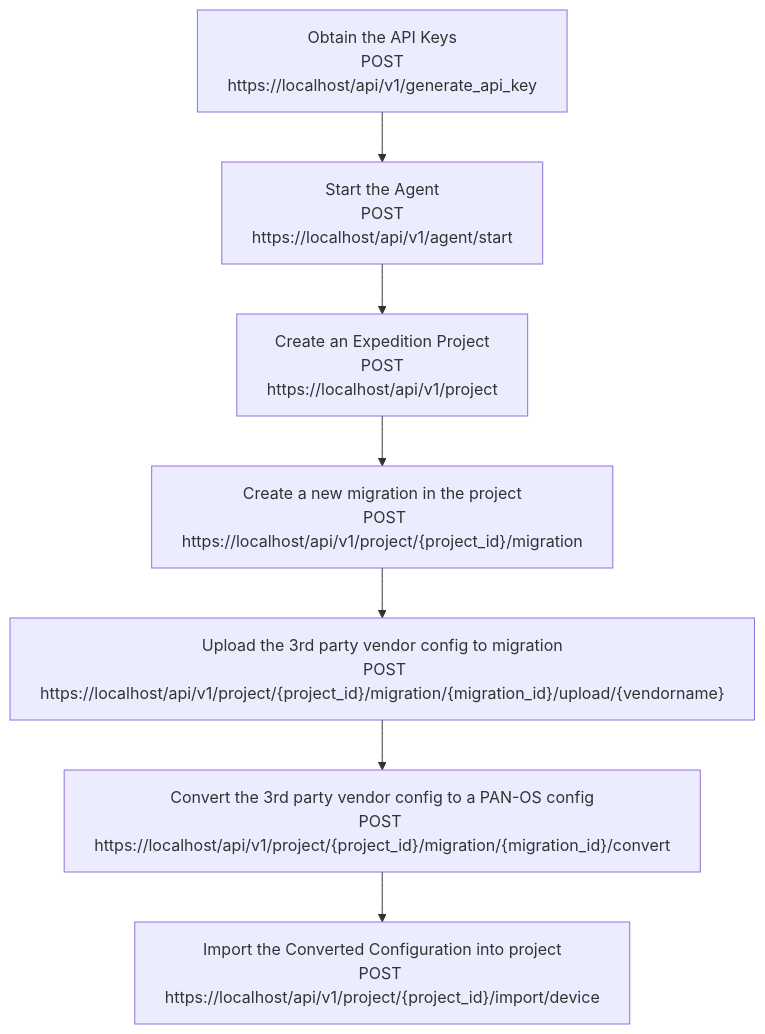
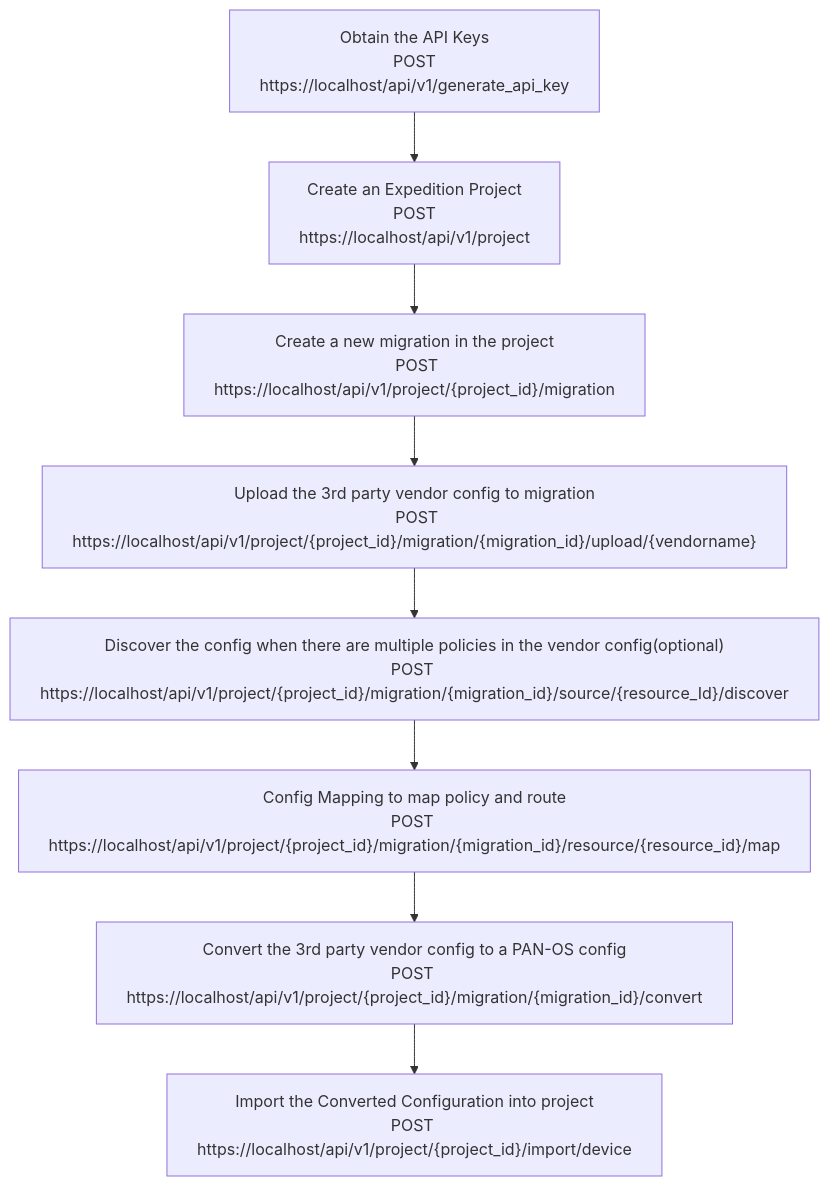
Before and after one commit to PaloAltoNetworks/pan.dev: the diagram in products/expedition/docs/expedition_workflow_migration.md, drawn with Mermaid. The commit also changed other lines of this file and 5 other files, not shown here.

````diff
--- a/products/expedition/docs/expedition_workflow_migration.md
+++ b/products/expedition/docs/expedition_workflow_migration.md
@@ -37,10 +37,11 @@
 ```mermaid
 flowchart TB
-    A[Obtain the API Keys<br/> POST https://localhost/api/v1/generate_api_key ] --> B[Start the Agent<br/> POST https://localhost/api/v1/agent/start]
-    B[Start the Agent<br/> POST https://localhost/api/v1/agent/start]  --> C[Create an Expedition Project<br/> POST https://localhost/api/v1/project]
-    C[Create an Expedition Project<br/> POST https://localhost/api/v1/project] --> D["Create a new migration in the project<br/>  POST https://localhost/api/v1/project/{project_id}/migration"]
-    D["Create a new migration in the project<br/>  POST https://localhost/api/v1/project/{project_id}/migration"] --> E["Upload the 3rd party vendor config to migration<br/>  POST https://localhost/api/v1/project/{project_id}/migration/{migration_id}/upload/{vendorname}"]
-    E["Upload the 3rd party vendor config to migration<br/>  POST https://localhost/api/v1/project/{project_id}/migration/{migration_id}/upload/{vendorname}"] --> F["Convert the 3rd party vendor config to a PAN-OS config<br/>POST https://localhost/api/v1/project/{project_id}/migration/{migration_id}/convert"]
-    F["Convert the 3rd party vendor config to a PAN-OS config<br/>POST https://localhost/api/v1/project/{project_id}/migration/{migration_id}/convert"]  --> G["Import the Converted Configuration into project<br/>POST https://localhost/api/v1/project/{project_id}/import/device"]
+    A[Obtain the API Keys<br/> POST https://localhost/api/v1/generate_api_key ] --> B[Create an Expedition Project<br/> POST https://localhost/api/v1/project]
+    B[Create an Expedition Project<br/> POST https://localhost/api/v1/project] --> C["Create a new migration in the project<br/>  POST https://localhost/api/v1/project/{project_id}/migration"]
+    C["Create a new migration in the project<br/>  POST https://localhost/api/v1/project/{project_id}/migration"] --> D["Upload the 3rd party vendor config to migration<br/>  POST https://localhost/api/v1/project/{project_id}/migration/{migration_id}/upload/{vendorname}"]
+    D["Upload the 3rd party vendor config to migration<br/>  POST https://localhost/api/v1/project/{project_id}/migration/{migration_id}/upload/{vendorname}"] --> E["Discover the config when there are multiple policies in the vendor config(optional)<br/>POST https://localhost/api/v1/project/{project_id}/migration/{migration_id}/source/{resource_Id}/discover"]
+    E["Discover the config when there are multiple policies in the vendor config(optional)<br/>POST https://localhost/api/v1/project/{project_id}/migration/{migration_id}/source/{resource_Id}/discover"]--> F["Config Mapping to map policy and route<br/>POST https://localhost/api/v1/project/{project_id}/migration/{migration_id}/resource/{resource_id}/map"]
+    F["Config Mapping to map policy and route<br/>POST https://localhost/api/v1/project/{project_id}/migration/{migration_id}/resource/{resource_id}/map"]--> G["Convert the 3rd party vendor config to a PAN-OS config<br/>POST https://localhost/api/v1/project/{project_id}/migration/{migration_id}/convert"]
+    G["Convert the 3rd party vendor config to a PAN-OS config<br/>POST https://localhost/api/v1/project/{project_id}/migration/{migration_id}/convert"] --> H["Import the Converted Configuration into project<br/>POST https://localhost/api/v1/project/{project_id}/import/device"]
 
-```
+```  
````
